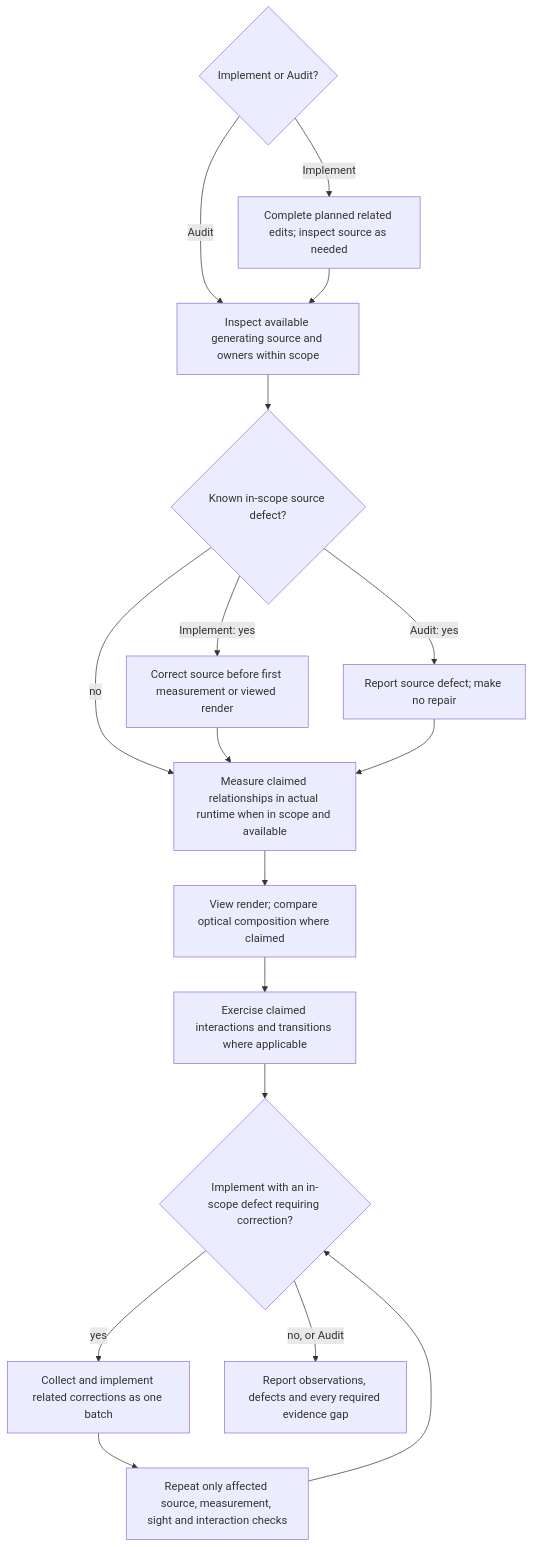
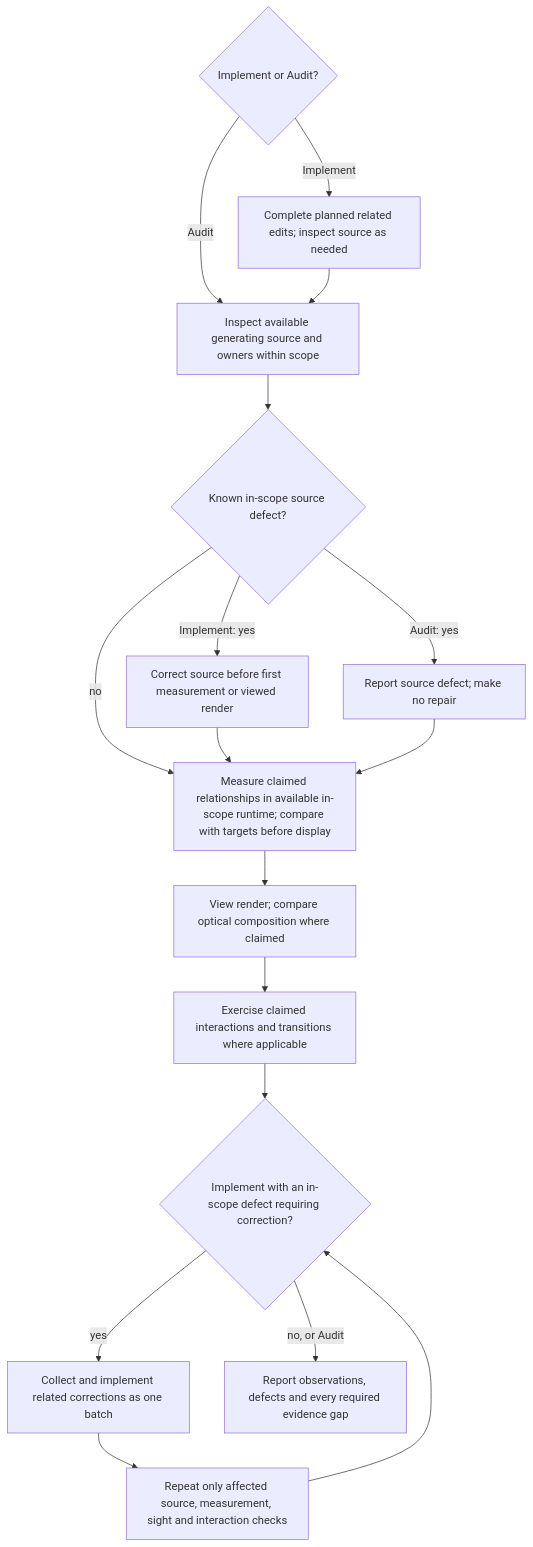
One commit to benjaminstelzer/scoville-suite-for-codex changed the diagram in packages/scoville-ui/scoville-ui/references/validation.md. Above: the diagram before and after it, drawn with Mermaid. The commit also changed other lines of this file and 33 other files, not shown here.

````diff
--- a/packages/scoville-ui/scoville-ui/references/validation.md
+++ b/packages/scoville-ui/scoville-ui/references/validation.md
@@ -114,20 +104,20 @@
 ```mermaid
 flowchart TD
   mode{"Implement or Audit?"}
   mode -->|Implement| batch["Complete planned related edits; inspect source as needed"]
   mode -->|Audit| source["Inspect available generating source and owners within scope"]
   batch --> source
   source --> defect{"Known in-scope source defect?"}
   defect -->|Implement: yes| fix["Correct source before first measurement or viewed render"]
   defect -->|Audit: yes| note["Report source defect; make no repair"]
-  defect -->|no| measure["Measure claimed relationships in actual runtime when in scope and available"]
+  defect -->|no| measure["Measure claimed relationships in available in-scope runtime; compare with targets before display"]
   fix --> measure
   note --> measure
   measure --> sight["View render; compare optical composition where claimed"]
   sight --> interact["Exercise claimed interactions and transitions where applicable"]
   interact --> result{"Implement with an in-scope defect requiring correction?"}
   result -->|yes| correct["Collect and implement related corrections as one batch"]
   correct --> refresh["Repeat only affected source, measurement, sight and interaction checks"]
   refresh --> result
   result -->|no, or Audit| report["Report observations, defects and every required evidence gap"]
 ```
````
